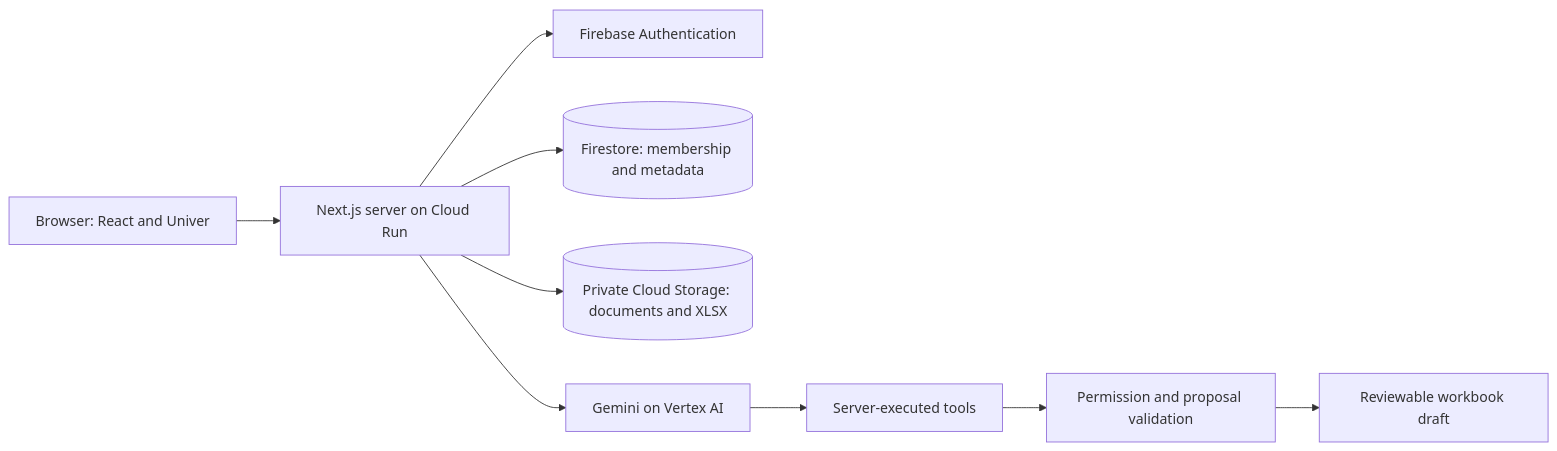
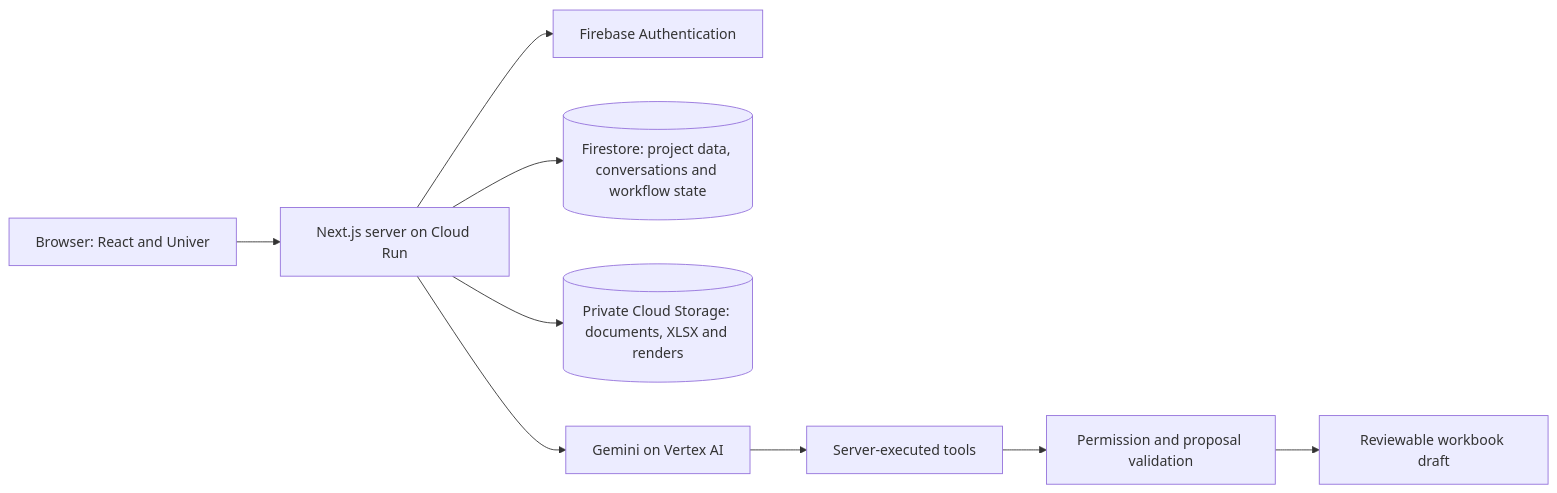
The diagram in README.md (carlosan1708/house-planner-portfolio), drawn with Mermaid before and after one commit. The commit also changed other lines of this file and 88 other files, not shown here.

````diff
--- a/README.md
+++ b/README.md
@@ -98,11 +98,11 @@
 ```mermaid
 flowchart LR
   Browser[Browser: React and Univer] --> App[Next.js server on Cloud Run]
   App --> Auth[Firebase Authentication]
-  App --> Data[(Firestore: membership and metadata)]
-  App --> Files[(Private Cloud Storage: documents and XLSX)]
+  App --> Data[(Firestore: project data, conversations and workflow state)]
+  App --> Files[(Private Cloud Storage: documents, XLSX and renders)]
   App --> Model[Gemini on Vertex AI]
   Model --> Tools[Server-executed tools]
   Tools --> Checks[Permission and proposal validation]
   Checks --> Draft[Reviewable workbook draft]
 ```
````
